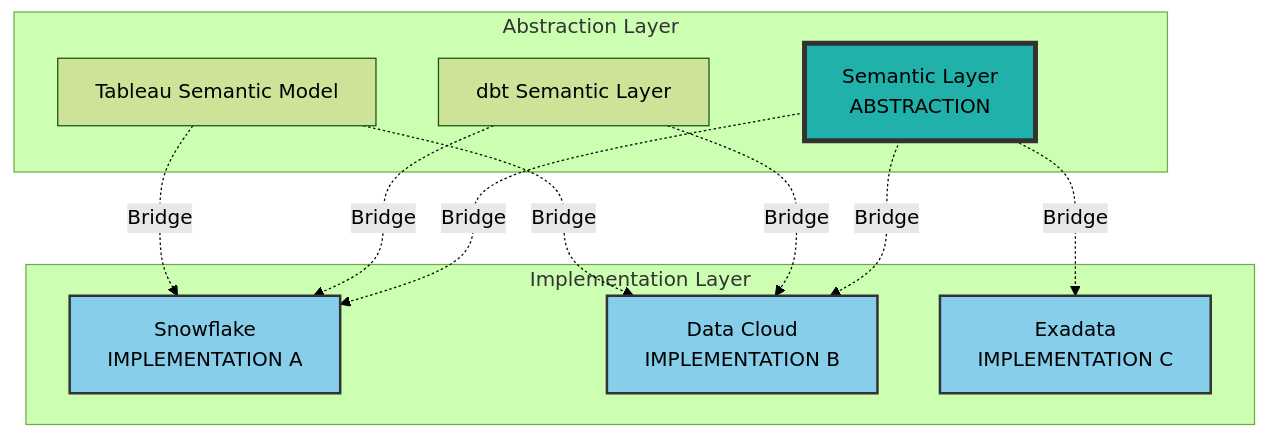
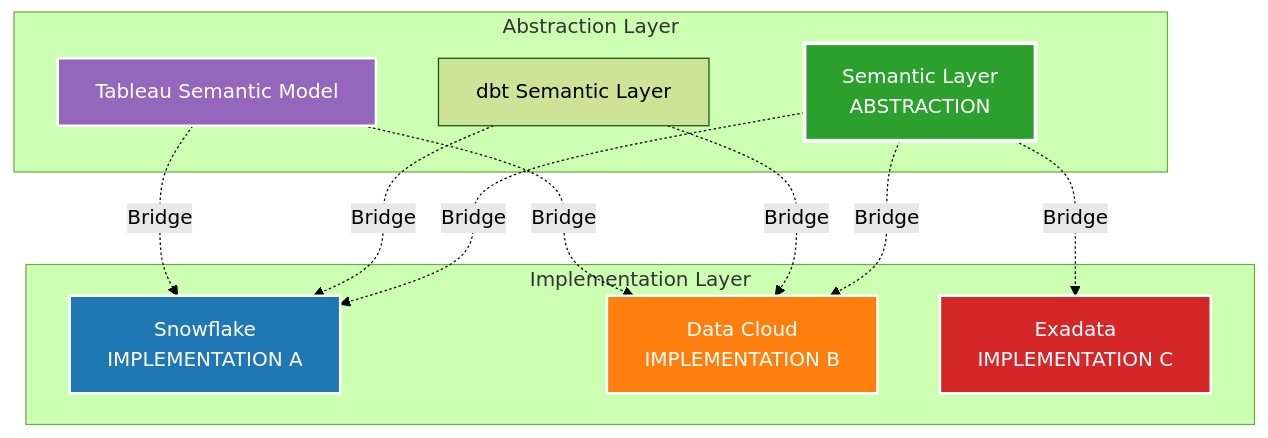
One commit to arupsarkar-sfdc/Misc changed diagram 14 of 20 in README_DataCloud_Patterns_Data_Examples.md. Above: the diagram before and after it, drawn with Mermaid (forest theme). The commit also changed other lines of this file and 1 other file, not shown here.

````diff
--- a/README_DataCloud_Patterns_Data_Examples.md
+++ b/README_DataCloud_Patterns_Data_Examples.md
@@ -2320,29 +4012,30 @@
 ```mermaid
 graph TB
     subgraph "Abstraction Layer"
         SL[Semantic Layer<br/>ABSTRACTION]
         DBT[dbt Semantic Layer]
         TableauSem[Tableau Semantic Model]
     end
     
     subgraph "Implementation Layer"
         SF[Snowflake<br/>IMPLEMENTATION A]
         DC[Data Cloud<br/>IMPLEMENTATION B]
         EX[Exadata<br/>IMPLEMENTATION C]
     end
     
     SL -.->|Bridge| SF
     SL -.->|Bridge| DC
     SL -.->|Bridge| EX
     
     DBT -.->|Bridge| SF
     DBT -.->|Bridge| DC
     
     TableauSem -.->|Bridge| SF
     TableauSem -.->|Bridge| DC
     
-    style SL fill:#20B2AA,stroke:#333,stroke-width:4px
-    style SF fill:#87CEEB,stroke:#333,stroke-width:2px
-    style DC fill:#87CEEB,stroke:#333,stroke-width:2px
-    style EX fill:#87CEEB,stroke:#333,stroke-width:2px
+    style SL fill:#2ca02c,stroke:#ffffff,stroke-width:3px,color:#ffffff
+    style SF fill:#1f77b4,stroke:#ffffff,stroke-width:2px,color:#ffffff
+    style DC fill:#ff7f0e,stroke:#ffffff,stroke-width:2px,color:#ffffff
+    style EX fill:#d62728,stroke:#ffffff,stroke-width:2px,color:#ffffff
+    style TableauSem fill:#9467bd,stroke:#ffffff,stroke-width:2px,color:#ffffff
 ```
````
